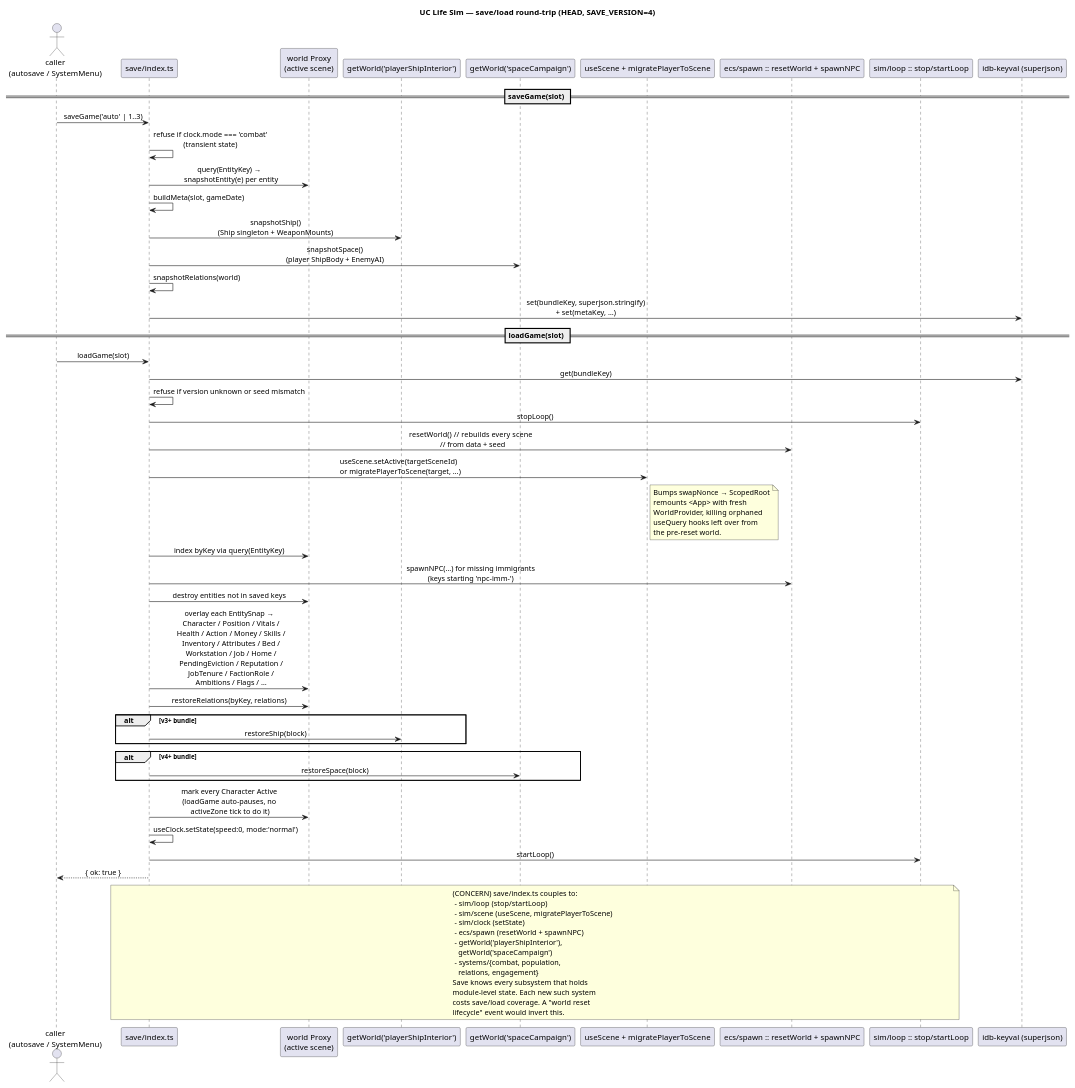
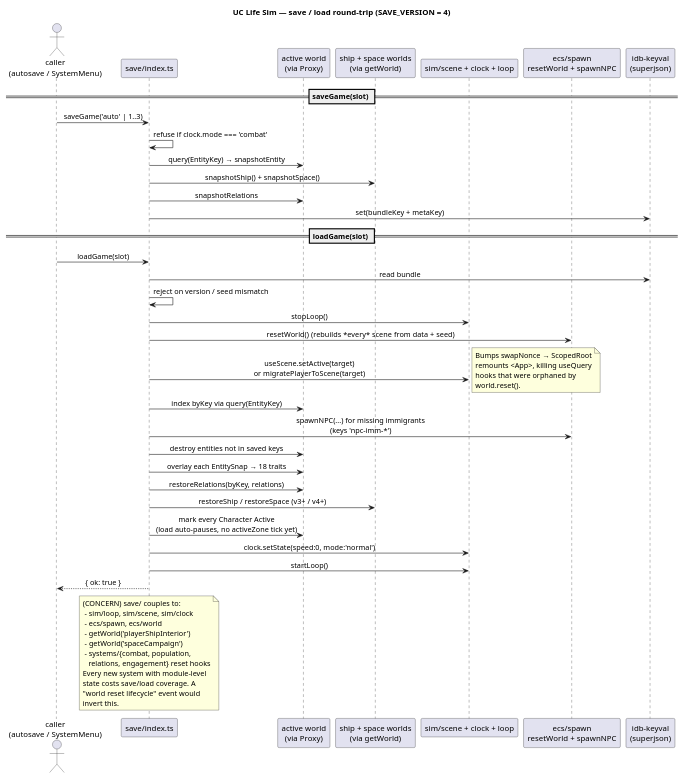
One commit to Leo927/UCLife changed the diagram in arch/current/004_save_load_roundtrip.puml. Above: the diagram before and after it, drawn with PlantUML. The commit also changed 4 other files, not shown here.

First line of the commit message:
docs(arch): de-spaghetti current diagrams — keep violations, drop noise

```diff
--- a/arch/current/004_save_load_roundtrip.puml
+++ b/arch/current/004_save_load_roundtrip.puml
@@ -1,76 +1,64 @@
 @startuml current_004_save_load_roundtrip
-title UC Life Sim — save/load round-trip (HEAD, SAVE_VERSION=4)
+title UC Life Sim — save / load round-trip (SAVE_VERSION = 4)
 
 skinparam shadowing false
 skinparam sequenceMessageAlign center
 skinparam defaultFontName "Inter, sans-serif"
 
 actor "caller\n(autosave / SystemMenu)" as C
 participant "save/index.ts" as SV
-participant "world Proxy\n(active scene)" as WA
-participant "getWorld('playerShipInterior')" as WSHIP
-participant "getWorld('spaceCampaign')" as WSPACE
-participant "useScene + migratePlayerToScene" as SCN
-participant "ecs/spawn :: resetWorld + spawnNPC" as SPAWN
-participant "sim/loop :: stop/startLoop" as LOOP
-participant "idb-keyval (superjson)" as IDB
+participant "active world\n(via Proxy)" as W
+participant "ship + space worlds\n(via getWorld)" as WX
+participant "sim/scene + clock + loop" as SIM
+participant "ecs/spawn\nresetWorld + spawnNPC" as SPAWN
+participant "idb-keyval\n(superjson)" as IDB
 
 == saveGame(slot) ==
 
 C -> SV : saveGame('auto' | 1..3)
-SV -> SV : refuse if clock.mode === 'combat'\n(transient state)
-SV -> WA : query(EntityKey) →\n  snapshotEntity(e) per entity
-SV -> SV : buildMeta(slot, gameDate)
-SV -> WSHIP : snapshotShip()\n(Ship singleton + WeaponMounts)
-SV -> WSPACE : snapshotSpace()\n(player ShipBody + EnemyAI)
-SV -> SV : snapshotRelations(world)
-SV -> IDB : set(bundleKey, superjson.stringify)\n+ set(metaKey, …)
+SV -> SV : refuse if clock.mode === 'combat'
+SV -> W  : query(EntityKey) → snapshotEntity
+SV -> WX : snapshotShip() + snapshotSpace()
+SV -> W  : snapshotRelations
+SV -> IDB : set(bundleKey + metaKey)
 
 == loadGame(slot) ==
 
 C -> SV : loadGame(slot)
-SV -> IDB : get(bundleKey)
-SV -> SV : refuse if version unknown or seed mismatch
-SV -> LOOP : stopLoop()
-SV -> SPAWN : resetWorld()  // rebuilds every scene\n  // from data + seed
-SV -> SCN : useScene.setActive(targetSceneId)\n  or migratePlayerToScene(target, …)
-note right of SCN
+SV -> IDB : read bundle
+SV -> SV : reject on version / seed mismatch
+SV -> SIM : stopLoop()
+SV -> SPAWN : resetWorld()  (rebuilds *every* scene from data + seed)
+SV -> SIM : useScene.setActive(target)\nor migratePlayerToScene(target)
+note right
   Bumps swapNonce → ScopedRoot
-  remounts <App> with fresh
-  WorldProvider, killing orphaned
-  useQuery hooks left over from
-  the pre-reset world.
+  remounts <App>, killing useQuery
+  hooks that were orphaned by
+  world.reset().
 end note
-SV -> WA : index byKey via query(EntityKey)
-SV -> SPAWN : spawnNPC(…) for missing immigrants\n(keys starting 'npc-imm-')
-SV -> WA : destroy entities not in saved keys
-SV -> WA : overlay each EntitySnap →\n  Character / Position / Vitals /\n  Health / Action / Money / Skills /\n  Inventory / Attributes / Bed /\n  Workstation / Job / Home /\n  PendingEviction / Reputation /\n  JobTenure / FactionRole /\n  Ambitions / Flags / …
-SV -> WA : restoreRelations(byKey, relations)
-alt v3+ bundle
-  SV -> WSHIP : restoreShip(block)
-end
-alt v4+ bundle
-  SV -> WSPACE : restoreSpace(block)
-end
-SV -> WA : mark every Character Active\n(loadGame auto-pauses, no\n activeZone tick to do it)
-SV -> SV : useClock.setState(speed:0, mode:'normal')
-SV -> LOOP : startLoop()
-SV --> C : { ok: true }
+SV -> W  : index byKey via query(EntityKey)
+SV -> SPAWN : spawnNPC(...) for missing immigrants\n(keys 'npc-imm-*')
+SV -> W  : destroy entities not in saved keys
+SV -> W  : overlay each EntitySnap → 18 traits
+SV -> W  : restoreRelations(byKey, relations)
+SV -> WX : restoreShip / restoreSpace (v3+ / v4+)
+SV -> W  : mark every Character Active\n(load auto-pauses, no activeZone tick yet)
+SV -> SIM : clock.setState(speed:0, mode:'normal')
+SV -> SIM : startLoop()
+SV --> C  : { ok: true }
 
-note over SV,LOOP
-  (CONCERN) save/index.ts couples to:
-   - sim/loop  (stop/startLoop)
-   - sim/scene (useScene, migratePlayerToScene)
-   - sim/clock (setState)
-   - ecs/spawn (resetWorld + spawnNPC)
-   - getWorld('playerShipInterior'),
-     getWorld('spaceCampaign')
+note over SV
+  (CONCERN) save/ couples to:
+   - sim/loop, sim/scene, sim/clock
+   - ecs/spawn, ecs/world
+   - getWorld('playerShipInterior')
+   - getWorld('spaceCampaign')
    - systems/{combat, population,
-     relations, engagement}
-  Save knows every subsystem that holds
-  module-level state. Each new such system
-  costs save/load coverage. A "world reset
-  lifecycle" event would invert this.
+     relations, engagement} reset hooks
+  Every new system with module-level
+  state costs save/load coverage. A
+  "world reset lifecycle" event would
+  invert this.
 end note
 
 @enduml
```
